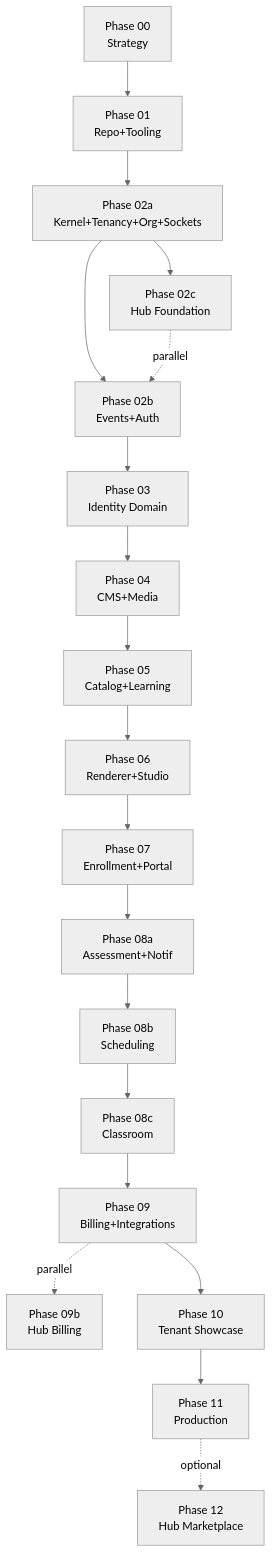
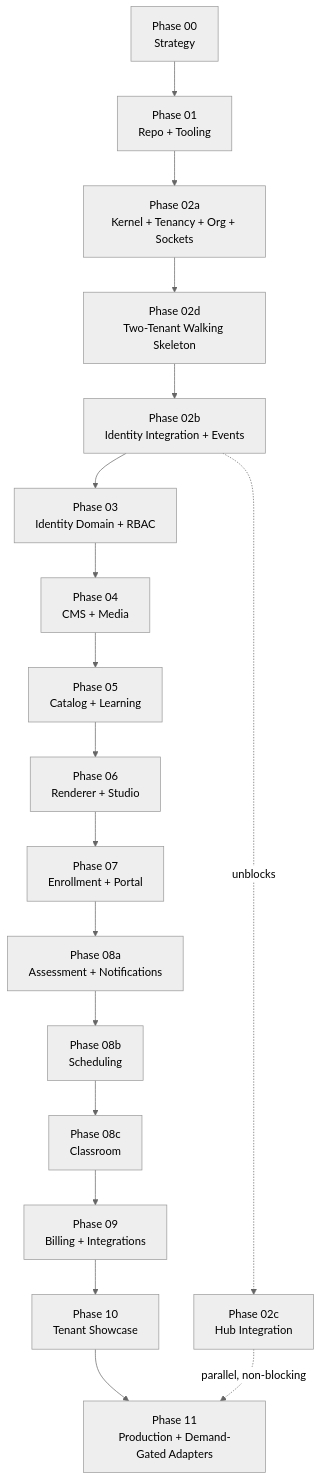
The diagram in docs/roadmap/README.md (HodeTech/LearnStack), drawn with Mermaid (neutral theme) before and after one commit. The commit also changed other lines of this file and 97 other files, not shown here.

First line of the commit message:
docs: restructure the roadmap around the one-way-door test, and close 151 audit findings (#9)

````diff
--- a/docs/roadmap/README.md
+++ b/docs/roadmap/README.md
@@ -39,34 +75,25 @@
 ```mermaid
 flowchart TB
     p00[Phase 00<br/>Strategy]
-    p01[Phase 01<br/>Repo+Tooling]
-    p02a[Phase 02a<br/>Kernel+Tenancy+Org+Sockets]
-    p02b[Phase 02b<br/>Events+Auth]
-    p02c[Phase 02c<br/>Hub Foundation]
-    p03[Phase 03<br/>Identity Domain]
-    p04[Phase 04<br/>CMS+Media]
-    p05[Phase 05<br/>Catalog+Learning]
-    p06[Phase 06<br/>Renderer+Studio]
-    p07[Phase 07<br/>Enrollment+Portal]
-    p08a[Phase 08a<br/>Assessment+Notif]
+    p01[Phase 01<br/>Repo + Tooling]
+    p02a[Phase 02a<br/>Kernel + Tenancy + Org + Sockets]
+    p02d[Phase 02d<br/>Two-Tenant Walking Skeleton]
+    p02b[Phase 02b<br/>Identity Integration + Events]
+    p02c[Phase 02c<br/>Hub Integration]
+    p03[Phase 03<br/>Identity Domain + RBAC]
+    p04[Phase 04<br/>CMS + Media]
+    p05[Phase 05<br/>Catalog + Learning]
+    p06[Phase 06<br/>Renderer + Studio]
+    p07[Phase 07<br/>Enrollment + Portal]
+    p08a[Phase 08a<br/>Assessment + Notifications]
     p08b[Phase 08b<br/>Scheduling]
     p08c[Phase 08c<br/>Classroom]
-    p09[Phase 09<br/>Billing+Integrations]
-    p09b[Phase 09b<br/>Hub Billing]
+    p09[Phase 09<br/>Billing + Integrations]
     p10[Phase 10<br/>Tenant Showcase]
-    p11[Phase 11<br/>Production]
-    p12[Phase 12<br/>Hub Marketplace]
+    p11[Phase 11<br/>Production + Demand-Gated Adapters]
 
-    p00 --> p01 --> p02a
-    p02a --> p02b
-    p02a --> p02c
-    p02b --> p03
-    p02c -. parallel .-> p02b
-    p03 --> p04 --> p05 --> p06
-    p06 --> p07 --> p08a --> p08b --> p08c
-    p08c --> p09
-    p09 --> p10
-    p09 -. parallel .-> p09b
-    p10 --> p11
-    p11 -. optional .-> p12
+    p00 --> p01 --> p02a --> p02d --> p02b --> p03 --> p04 --> p05 --> p06
+    p06 --> p07 --> p08a --> p08b --> p08c --> p09 --> p10 --> p11
+    p02b -. unblocks .-> p02c
+    p02c -. parallel, non-blocking .-> p11
 ```
````
